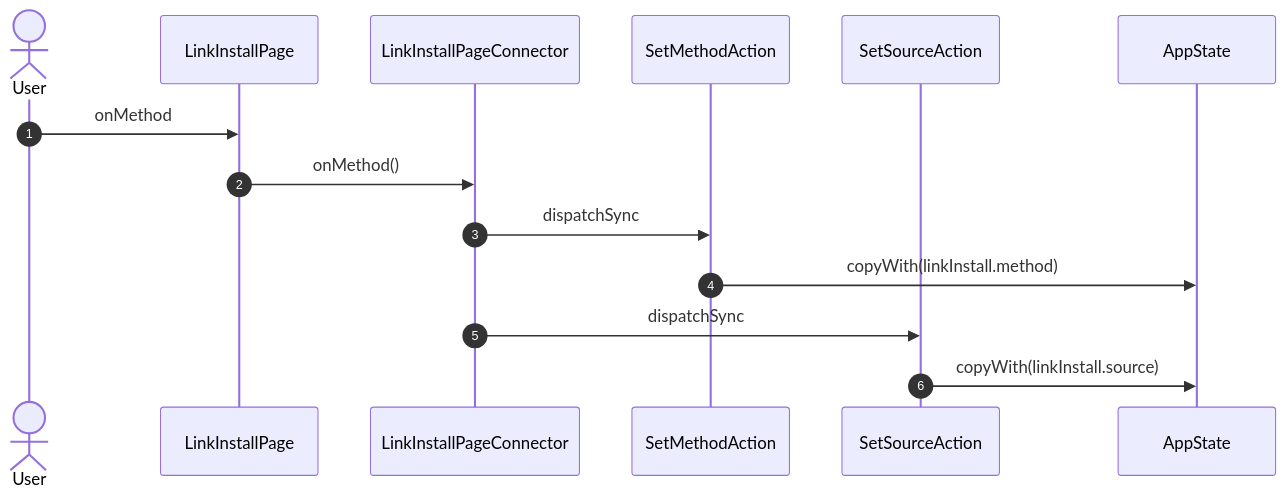
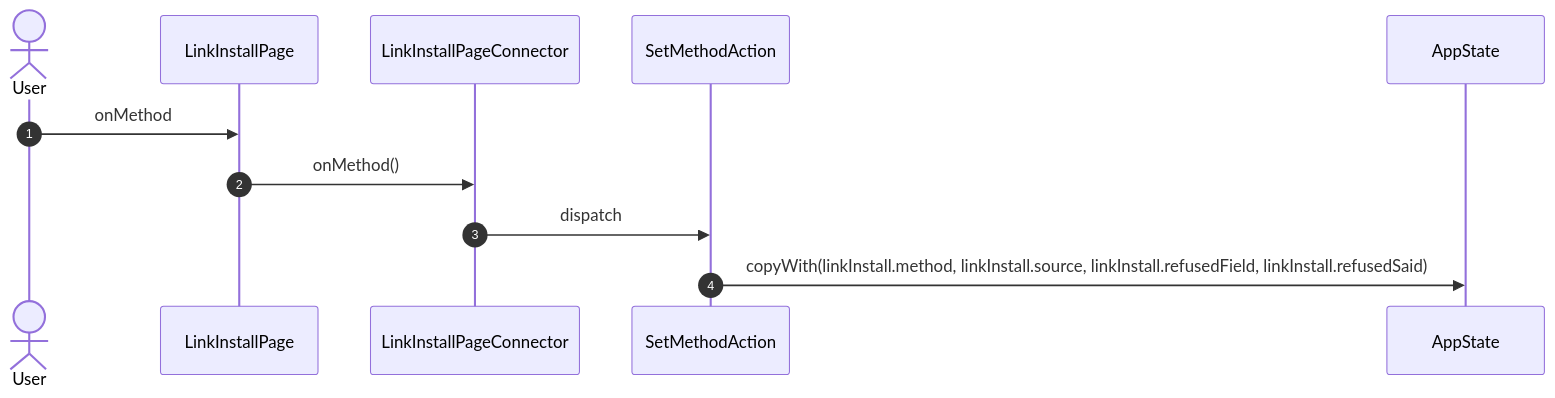
One commit to gencto/wyrm changed the sixth of 17 diagrams in studio/docs/flows/linkInstall.md. Above: the diagram before and after it, drawn with Mermaid. The commit also changed other lines of this file and 85 other files, not shown here.

````diff
--- a/studio/docs/flows/linkInstall.md
+++ b/studio/docs/flows/linkInstall.md
@@ -135,17 +92,14 @@
 ```mermaid
 sequenceDiagram
     autonumber
     actor User
     participant UI as LinkInstallPage
     participant VM as LinkInstallPageConnector
     participant A1 as SetMethodAction
-    participant A2 as SetSourceAction
     participant ST as AppState
 
     User->>UI: onMethod
     UI->>VM: onMethod()
-    VM->>A1: dispatchSync
-    A1->>ST: copyWith(linkInstall.method)
-    VM->>A2: dispatchSync
-    A2->>ST: copyWith(linkInstall.source)
+    VM->>A1: dispatch
+    A1->>ST: copyWith(linkInstall.method, linkInstall.source, linkInstall.refusedField, linkInstall.refusedSaid)
 ```
````
